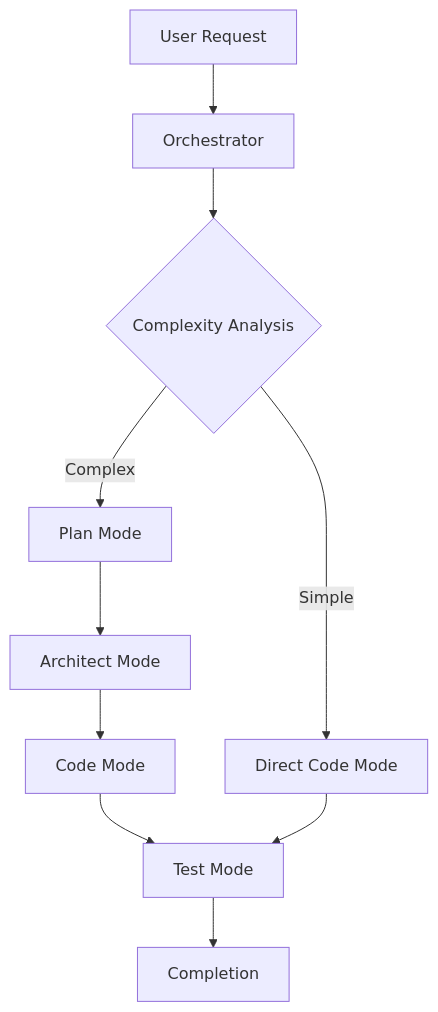
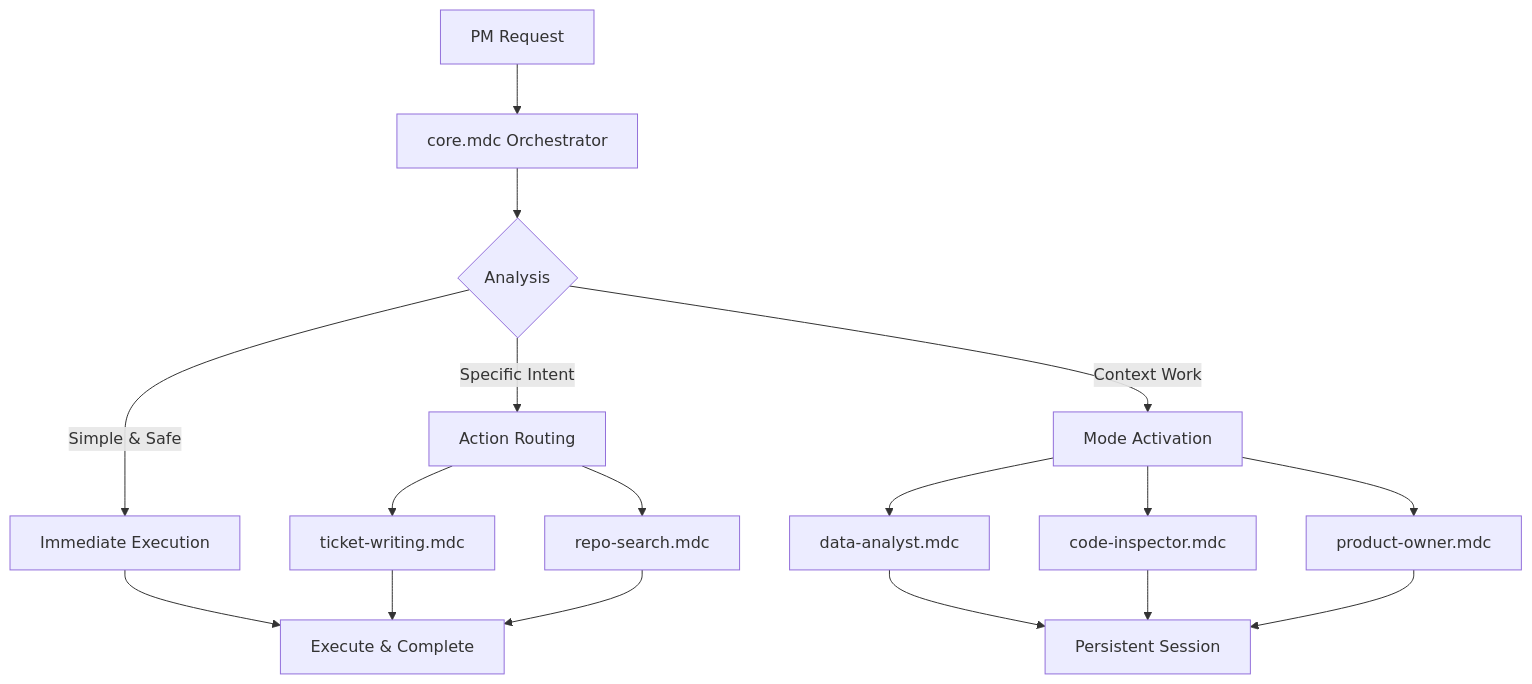
Before and after one commit to LennardZuendorf/vibe: the diagram in .memory/architecture.md, drawn with Mermaid. The commit also changed other lines of this file and 7 other files, not shown here.

````diff
--- a/.memory/architecture.md
+++ b/.memory/architecture.md
@@ -36,12 +100,19 @@
 ```mermaid
 graph TD
-    A[User Request] --> B[Orchestrator]
-    B --> C{Complexity Analysis}
-    C -->|Simple| D[Direct Code Mode]
-    C -->|Complex| E[Plan Mode]
-    E --> F[Architect Mode]
-    F --> G[Code Mode]
-    G --> H[Test Mode]
-    D --> H
-    H --> I[Completion]
+    A[PM Request] --> B[core.mdc Orchestrator]
+    B --> C{Analysis}
+    C -->|Simple & Safe| D[Immediate Execution]
+    C -->|Specific Intent| E[Action Routing]
+    C -->|Context Work| F[Mode Activation]
+    E --> E1[ticket-writing.mdc]
+    E --> E2[repo-search.mdc]
+    F --> F1[data-analyst.mdc]
+    F --> F2[code-inspector.mdc]
+    F --> F3[product-owner.mdc]
+    D --> G[Execute & Complete]
+    E1 --> G
+    E2 --> G
+    F1 --> H[Persistent Session]
+    F2 --> H
+    F3 --> H
 ```
````
